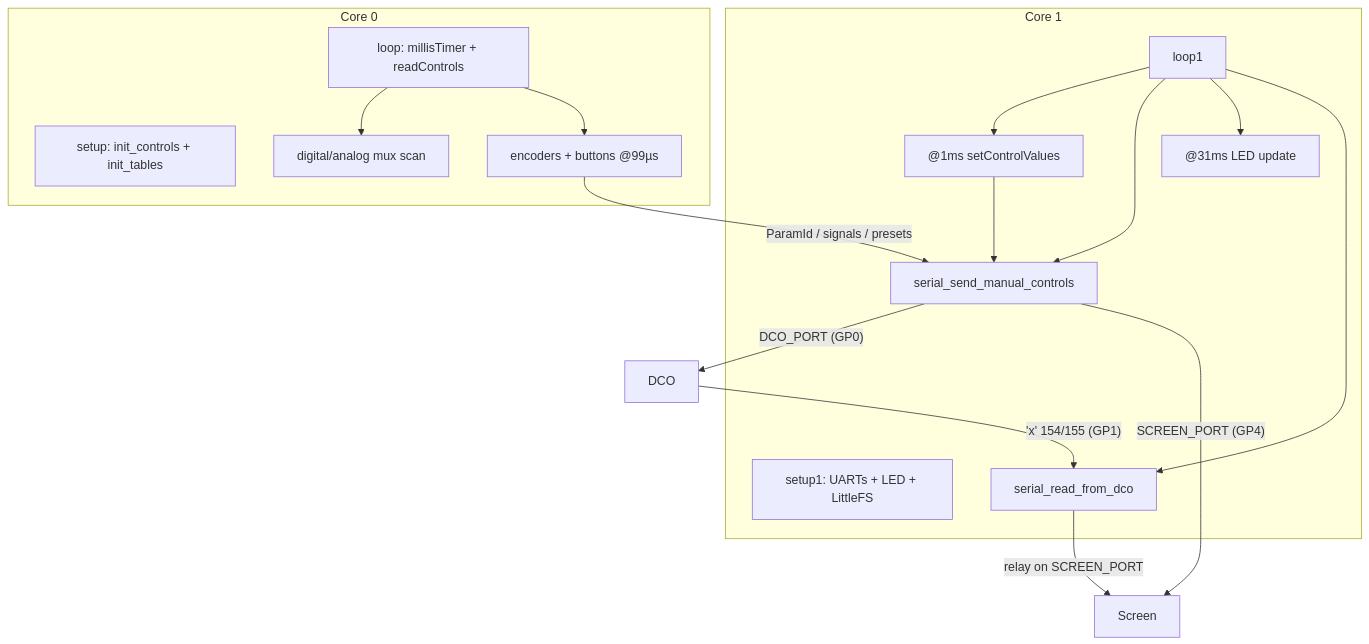
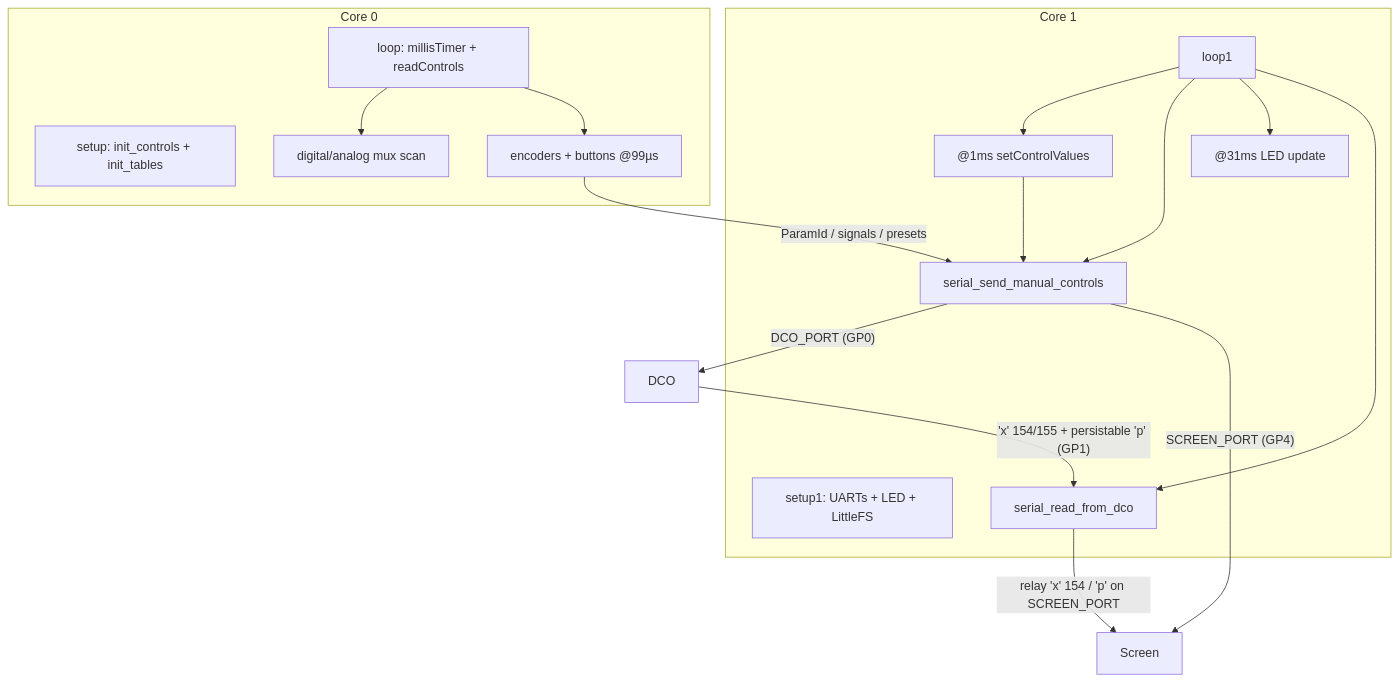
Before and after one commit to felipegaspari/DCO3-MONOSYNTH-INPUT-CONTROLLER: the diagram in docs/CONTROL_PIPELINE.md, drawn with Mermaid. The commit also changed other lines of this file and 9 other files, not shown here.

````diff
--- a/docs/CONTROL_PIPELINE.md
+++ b/docs/CONTROL_PIPELINE.md
@@ -9,25 +9,25 @@
 ```mermaid
 flowchart TD
   subgraph core0 ["Core 0"]
     S0["setup: init_controls + init_tables"]
     L0["loop: millisTimer + readControls"]
     L0 --> Mux["digital/analog mux scan"]
     L0 --> Enc["encoders + buttons @99µs"]
   end
 
   subgraph core1 ["Core 1"]
     S1["setup1: UARTs + LED + LittleFS"]
     L1["loop1"]
     L1 --> Map["@1ms setControlValues"]
     L1 --> TX["serial_send_manual_controls"]
     L1 --> Led["@31ms LED update"]
     L1 --> RX["serial_read_from_dco"]
   end
 
   Enc -->|"ParamId / signals / presets"| TX
   Map --> TX
   TX -->|"DCO_PORT (GP0)"| MB["DCO"]
   TX -->|"SCREEN_PORT (GP4)"| Scr["Screen"]
-  MB -->|"'x' 154/155 (GP1)"| RX
-  RX -->|"relay on SCREEN_PORT"| Scr
+  MB -->|"'x' 154/155 + persistable 'p' (GP1)"| RX
+  RX -->|"relay 'x' 154 / 'p' on SCREEN_PORT"| Scr
 ```
````
